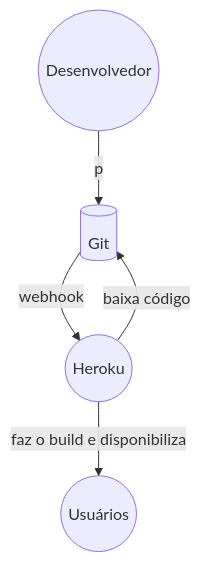
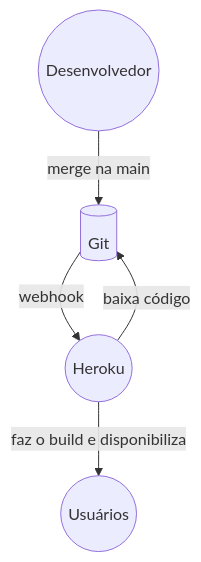
Before and after one commit to leonardopires/tech-challenge-ia: the diagram in README.md, drawn with Mermaid.

Commit message:
Atualizando README para o deploy no Heroku

````diff
--- a/README.md
+++ b/README.md
@@ -148,12 +148,12 @@
 ```mermaid
 graph TD
     Dev((Desenvolvedor))
     Git[(Git)]
     Heroku((Heroku))
     Usuarios((Usuários))
     
-    Dev -->|p| Git
+    Dev -->|merge na main| Git
     Git -->|webhook| Heroku
     Heroku -->|baixa código| Git
     Heroku -->|faz o build e disponibiliza| Usuarios
 ```
````
